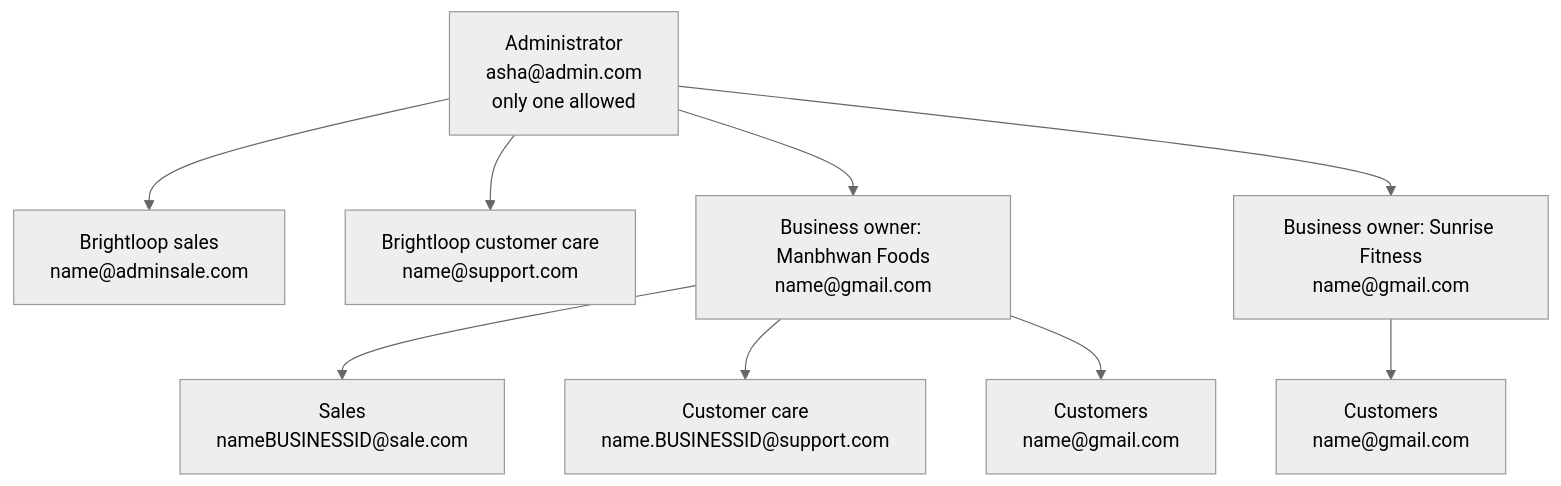
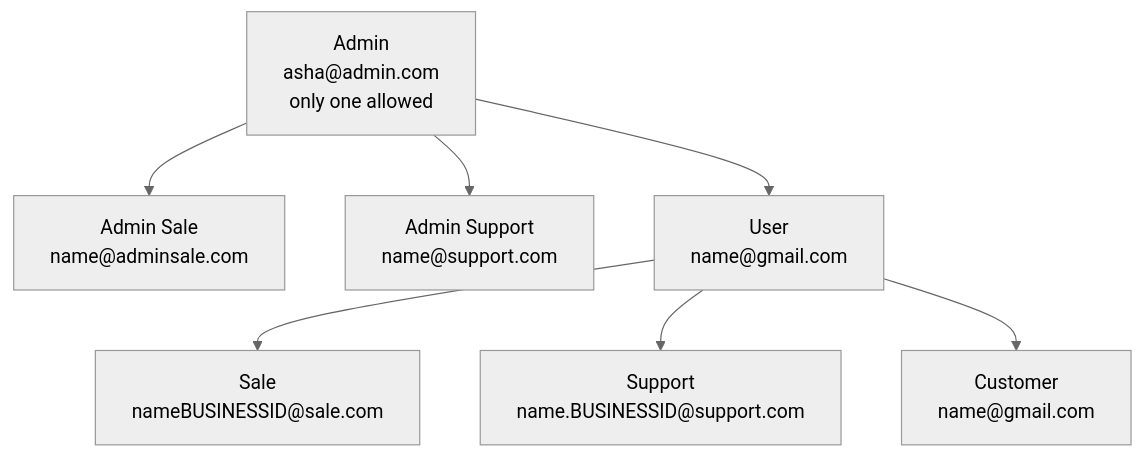
One commit to shreykumarsingh123/OdooXlucknow changed the second of 6 diagrams in README.md. Above: the diagram before and after it, drawn with Mermaid (neutral theme).

Commit message:
Update README.md
flowchart update

````diff
--- a/README.md
+++ b/README.md
@@ -38,12 +38,17 @@
 ```mermaid
 flowchart TD
-  A["Administrator<br/>asha@admin.com<br/>only one allowed"]
-  A --> PS["Brightloop sales<br/>name@adminsale.com"]
-  A --> PC["Brightloop customer care<br/>name@support.com"]
-  A --> O1["Business owner: Manbhwan Foods<br/>name@gmail.com"]
-  A --> O2["Business owner: Sunrise Fitness<br/>name@gmail.com"]
-  O1 --> S1["Sales<br/>nameBUSINESSID@sale.com"]
-  O1 --> C1["Customer care<br/>name.BUSINESSID@support.com"]
-  O1 --> U1["Customers<br/>name@gmail.com"]
-  O2 --> U2["Customers<br/>name@gmail.com"]
+    A["Admin<br/>asha@admin.com<br/>only one allowed"]
+    AS["Admin Sale<br/>name@adminsale.com"]
+    ASup["Admin Support<br/>name@support.com"]
+    U["User<br/>name@gmail.com"]
+    S["Sale<br/>nameBUSINESSID@sale.com"]
+    Sup["Support<br/>name.BUSINESSID@support.com"]
+    C["Customer<br/>name@gmail.com"]
+
+    A --> AS
+    A --> ASup
+    A --> U
+    U --> S
+    U --> Sup
+    U --> C
 ```
````
